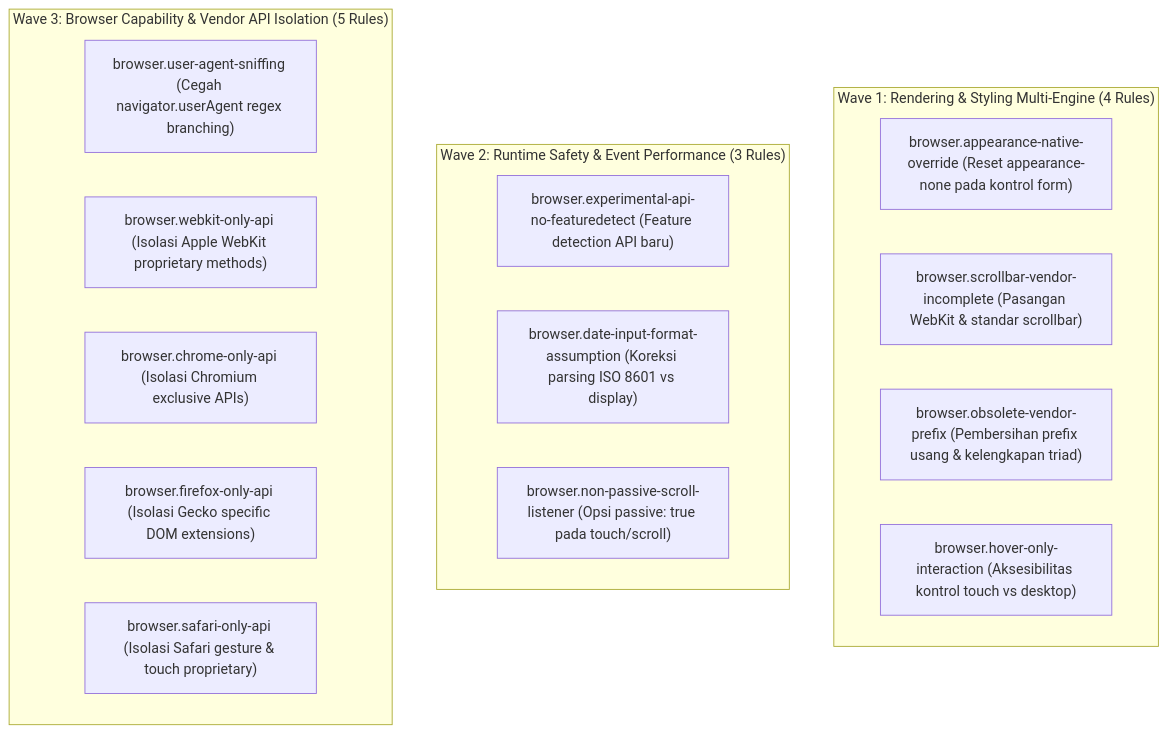
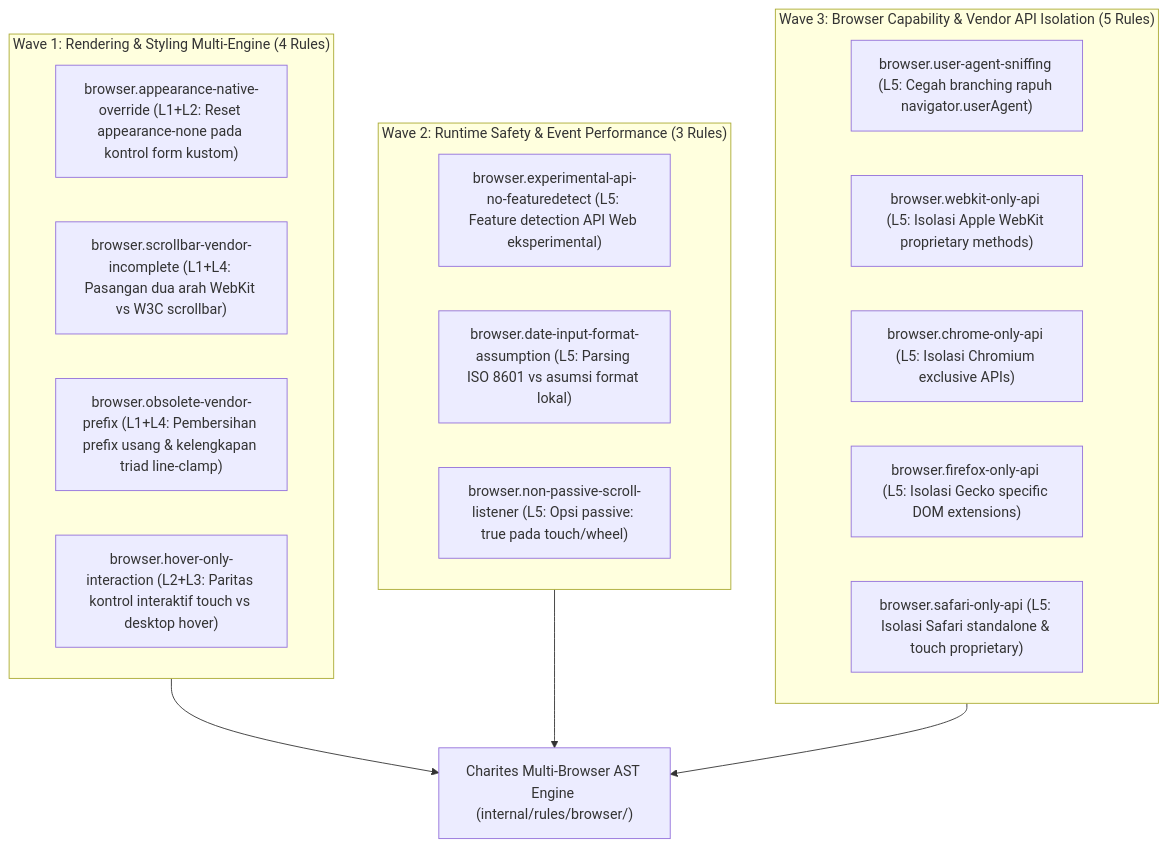
The diagram in docs/01-spec/expansion/browser.md (will2469/charites), drawn with Mermaid before and after one commit. The commit also changed other lines of this file, not shown here.

Commit message:
docs(spec): rearchitect browser rules spec to multi-engine matrix and 8-pillars Wave 1

````diff
--- a/docs/01-spec/expansion/browser.md
+++ b/docs/01-spec/expansion/browser.md
@@ -21,23 +36,27 @@
 ```mermaid
 flowchart TD
     subgraph W1 ["Wave 1: Rendering & Styling Multi-Engine (4 Rules)"]
-        B1["browser.appearance-native-override (Reset appearance-none pada kontrol form)"]
-        B2["browser.scrollbar-vendor-incomplete (Pasangan WebKit & standar scrollbar)"]
-        B3["browser.obsolete-vendor-prefix (Pembersihan prefix usang & kelengkapan triad)"]
-        B4["browser.hover-only-interaction (Aksesibilitas kontrol touch vs desktop)"]
+        B1["browser.appearance-native-override (L1+L2: Reset appearance-none pada kontrol form kustom)"]
+        B2["browser.scrollbar-vendor-incomplete (L1+L4: Pasangan dua arah WebKit vs W3C scrollbar)"]
+        B3["browser.obsolete-vendor-prefix (L1+L4: Pembersihan prefix usang & kelengkapan triad line-clamp)"]
+        B4["browser.hover-only-interaction (L2+L3: Paritas kontrol interaktif touch vs desktop hover)"]
     end
 
     subgraph W2 ["Wave 2: Runtime Safety & Event Performance (3 Rules)"]
-        B5["browser.experimental-api-no-featuredetect (Feature detection API baru)"]
-        B6["browser.date-input-format-assumption (Koreksi parsing ISO 8601 vs display)"]
-        B7["browser.non-passive-scroll-listener (Opsi passive: true pada touch/scroll)"]
+        B5["browser.experimental-api-no-featuredetect (L5: Feature detection API Web eksperimental)"]
+        B6["browser.date-input-format-assumption (L5: Parsing ISO 8601 vs asumsi format lokal)"]
+        B7["browser.non-passive-scroll-listener (L5: Opsi passive: true pada touch/wheel)"]
     end
 
     subgraph W3 ["Wave 3: Browser Capability & Vendor API Isolation (5 Rules)"]
-        B8["browser.user-agent-sniffing (Cegah navigator.userAgent regex branching)"]
-        B9["browser.webkit-only-api (Isolasi Apple WebKit proprietary methods)"]
-        B10["browser.chrome-only-api (Isolasi Chromium exclusive APIs)"]
-        B11["browser.firefox-only-api (Isolasi Gecko specific DOM extensions)"]
-        B12["browser.safari-only-api (Isolasi Safari gesture & touch proprietary)"]
+        B8["browser.user-agent-sniffing (L5: Cegah branching rapuh navigator.userAgent)"]
+        B9["browser.webkit-only-api (L5: Isolasi Apple WebKit proprietary methods)"]
+        B10["browser.chrome-only-api (L5: Isolasi Chromium exclusive APIs)"]
+        B11["browser.firefox-only-api (L5: Isolasi Gecko specific DOM extensions)"]
+        B12["browser.safari-only-api (L5: Isolasi Safari standalone & touch proprietary)"]
     end
+
+    W1 --> ENGINE["Charites Multi-Browser AST Engine (internal/rules/browser/)"]
+    W2 --> ENGINE
+    W3 --> ENGINE
 ```
````
